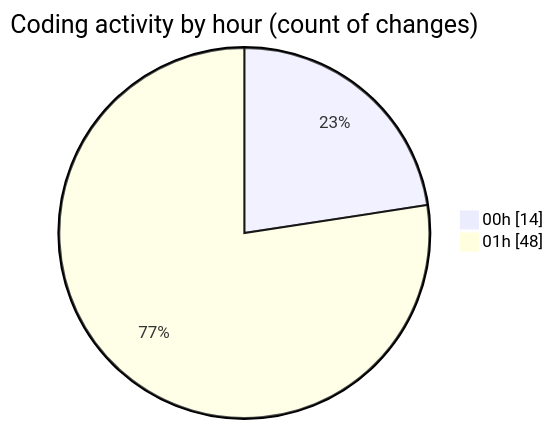
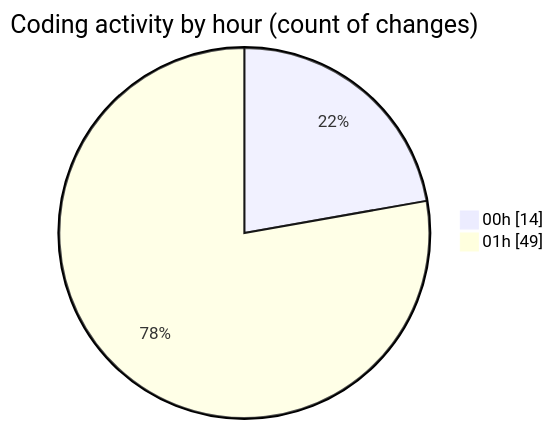
Before and after one commit to momahboobian/code-tracking: the second of 2 diagrams in 2025-01-11/good-pr/README.md, drawn with Mermaid. The commit also changed other lines of this file and 1 other file, not shown here.

````diff
--- a/2025-01-11/good-pr/README.md
+++ b/2025-01-11/good-pr/README.md
@@ -49,6 +51,6 @@
 ```mermaid
 pie showData
 title Coding activity by hour (count of changes)
 "00h" : 14
-"01h" : 48
+"01h" : 49
 ```
````
